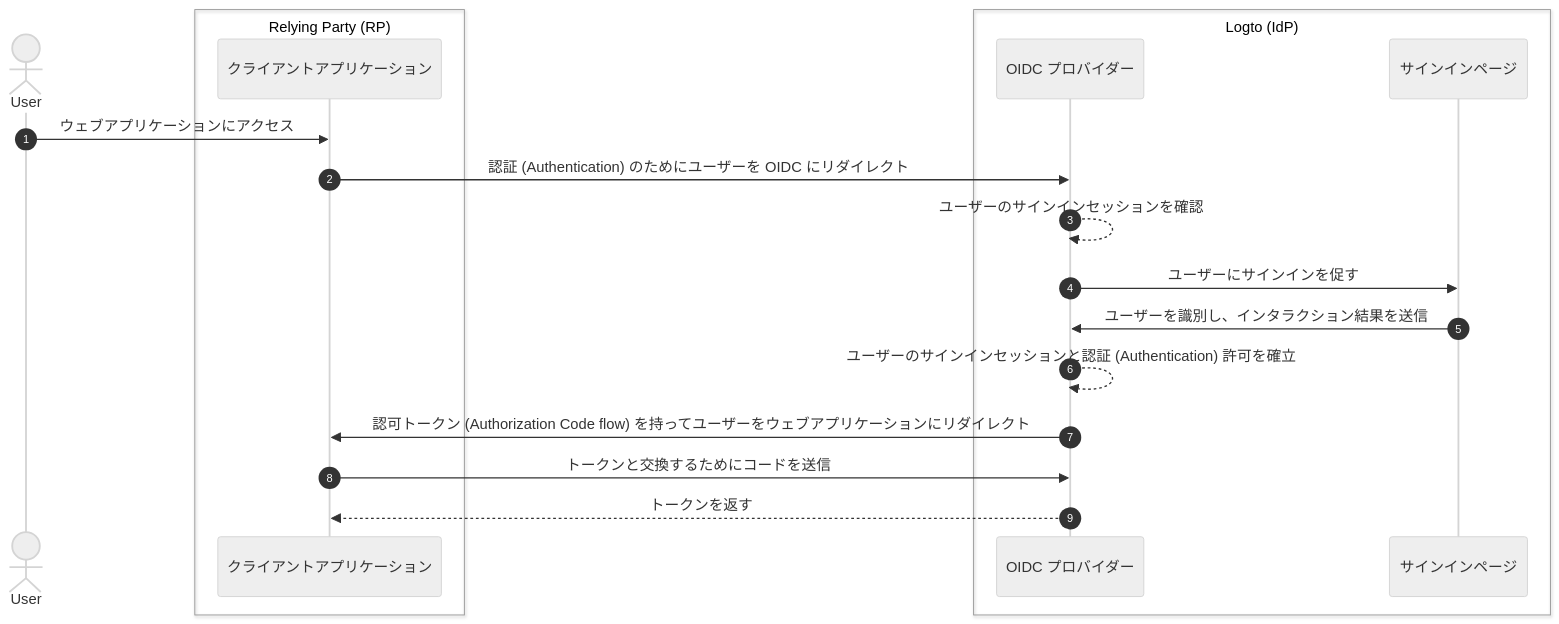
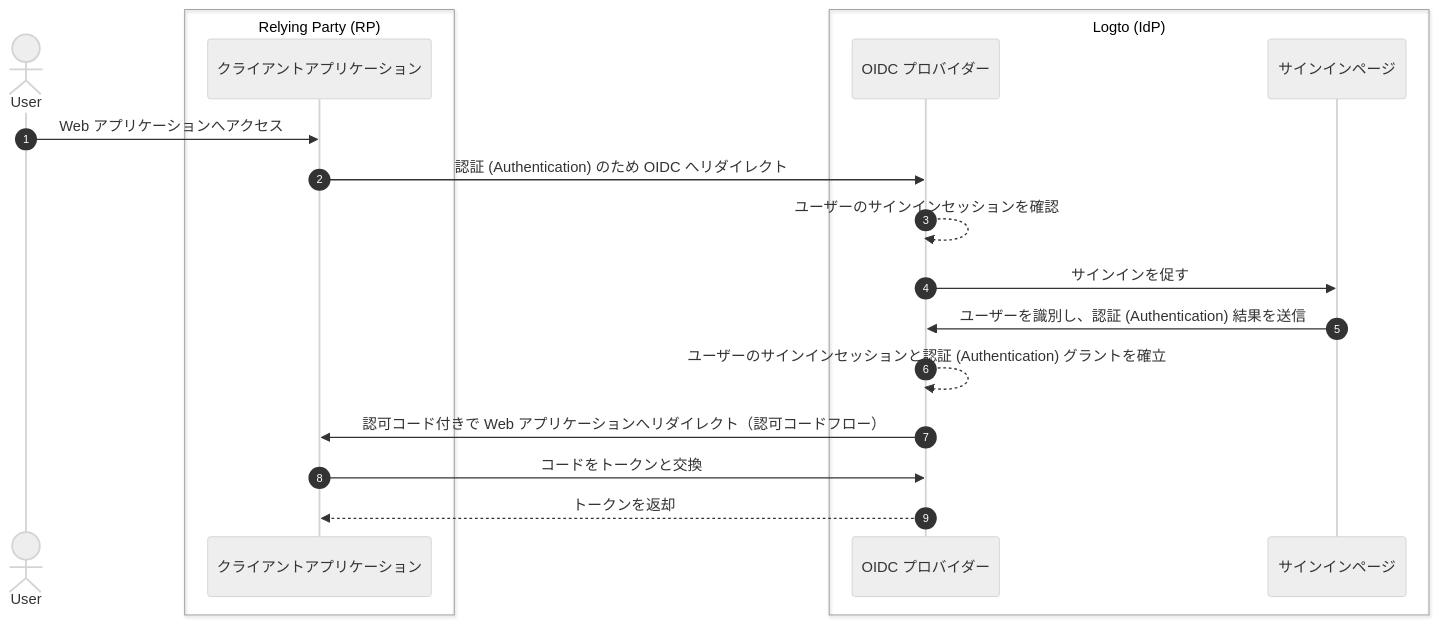
Before and after one commit to logto-io/docs: the first of 3 diagrams in i18n/ja/docusaurus-plugin-content-docs/current/end-user-flows/sign-out.mdx, drawn with Mermaid (neutral theme). The commit also changed other lines of this file and 137 other files, not shown here.

````diff
--- a/i18n/ja/docusaurus-plugin-content-docs/current/end-user-flows/sign-out.mdx
+++ b/i18n/ja/docusaurus-plugin-content-docs/current/end-user-flows/sign-out.mdx
@@ -13,24 +13,24 @@
 ```mermaid
   sequenceDiagram
     autonumber
     actor User
 
     box Relying Party (RP)
       participant Client as クライアントアプリケーション
     end
 
     box Logto (IdP)
       participant OIDC as OIDC プロバイダー
       participant SignIn as サインインページ
     end
 
-    User ->> Client: ウェブアプリケーションにアクセス
-    Client ->> OIDC: 認証 (Authentication) のためにユーザーを OIDC にリダイレクト
+    User ->> Client: Web アプリケーションへアクセス
+    Client ->> OIDC: 認証 (Authentication) のため OIDC へリダイレクト
     OIDC -->> OIDC: ユーザーのサインインセッションを確認
-    OIDC ->> SignIn: ユーザーにサインインを促す
-    SignIn ->> OIDC: ユーザーを識別し、インタラクション結果を送信
-    OIDC -->> OIDC: ユーザーのサインインセッションと認証 (Authentication) 許可を確立
-    OIDC ->> Client: 認可トークン (Authorization Code flow) を持ってユーザーをウェブアプリケーションにリダイレクト
-    Client ->> OIDC: トークンと交換するためにコードを送信
-    OIDC -->> Client: トークンを返す
+    OIDC ->> SignIn: サインインを促す
+    SignIn ->> OIDC: ユーザーを識別し、認証 (Authentication) 結果を送信
+    OIDC -->> OIDC: ユーザーのサインインセッションと認証 (Authentication) グラントを確立
+    OIDC ->> Client: 認可コード付きで Web アプリケーションへリダイレクト（認可コードフロー）
+    Client ->> OIDC: コードをトークンと交換
+    OIDC -->> Client: トークンを返却
 ```
````
